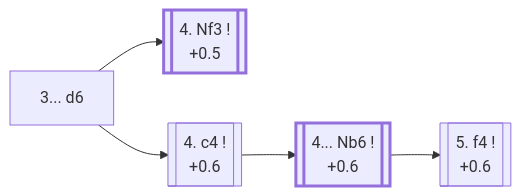
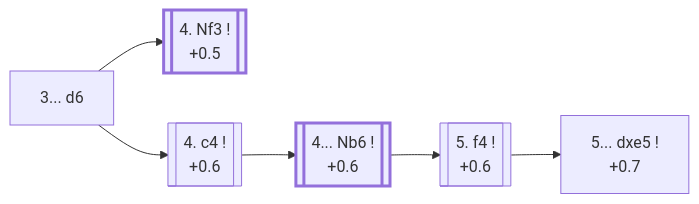
One commit to onclemarcel/chess_flashcards changed the diagram in e4_openings/B03_Alekhine_Defense.md. Above: the diagram before and after it, drawn with Mermaid. The commit also changed other lines of this file and 9 other files, not shown here.

````diff
--- a/e4_openings/B03_Alekhine_Defense.md
+++ b/e4_openings/B03_Alekhine_Defense.md
@@ -12,17 +12,20 @@
 ```mermaid
 flowchart LR
     classDef main stroke-width:3px;
 
     d6["3... d6"]
     click d6 "#_initial_move_" "B03 · Alekhine Defense"
 
     d6 --> Nf3[["4. Nf3 !<br/>+0.5"]]:::main
     click Nf3 "https://github.com/onclemarcel/chess_flashcards/blob/main/e4_openings/B04_Alekhine_Modern_Variation.md" "B04 · Alekhine Defense: Modern Variation"
     d6 --> c4[["4. c4 !<br/>+0.6"]]
     click c4 "#_c4_" "B03 · Alekhine Defense"
 
     c4 --> Nb6[["4... Nb6 !<br/>+0.6"]]:::main
     click Nb6 "#_Nb6_" "B03 · Alekhine Defense"
     Nb6 --> f4[["5. f4 !<br/>+0.6"]]
     click f4 "#_f4_" "B03 · Alekhine Defense: Four Pawns Attack"
+
+    f4 --> dxe5fpa["5... dxe5 !<br/>+0.7"]
+    click dxe5fpa "#_dxe5_fpa_" "B03 · Alekhine Defense: Four Pawns Attack"
 ```
````
